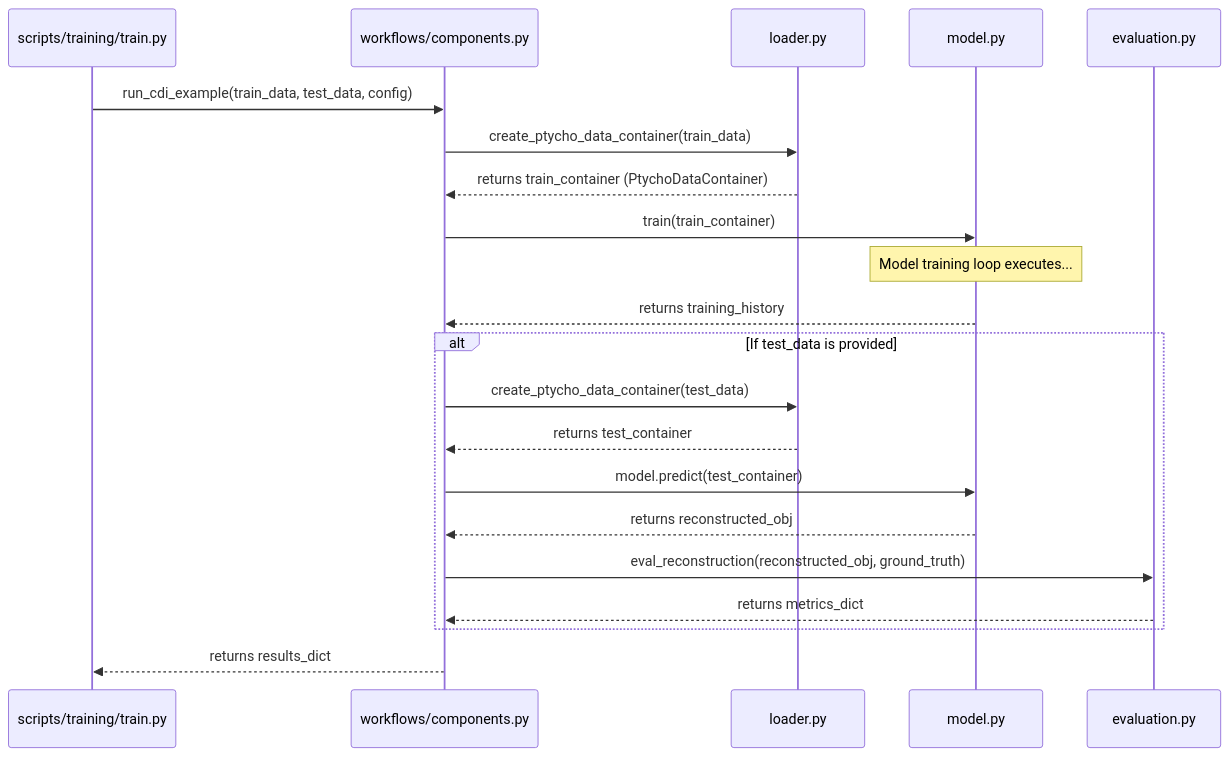
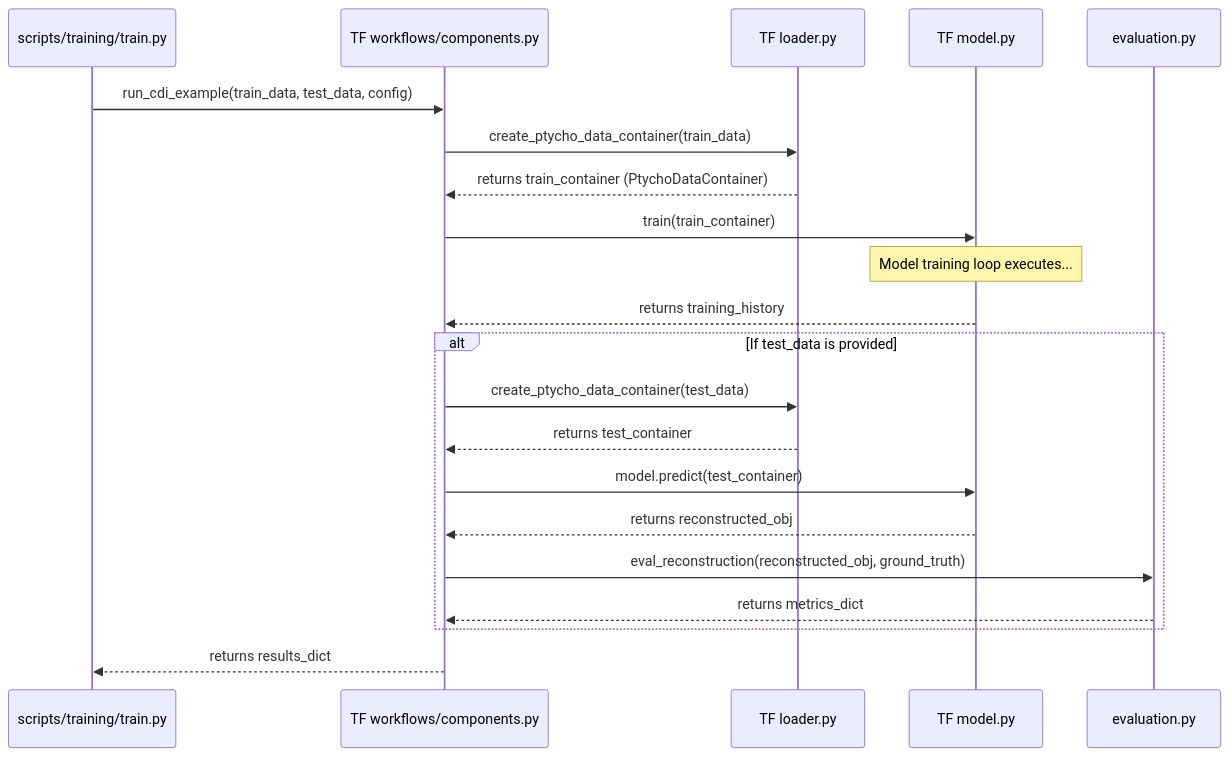
The second of 6 diagrams in docs/architecture.md (hoidn/PtychoPINN), drawn with Mermaid before and after one commit. The commit also changed other lines of this file, not shown here.

First line of the commit message:
docs(architecture): clarify TF vs PyTorch separation

````diff
--- a/docs/architecture.md
+++ b/docs/architecture.md
@@ -52,27 +58,27 @@
 ```mermaid
 sequenceDiagram
     participant Script as scripts/training/train.py
-    participant W as workflows/components.py
-    participant L as loader.py
-    participant M as model.py
+    participant W as TF workflows/components.py
+    participant L as TF loader.py
+    participant M as TF model.py
     participant E as evaluation.py
 
     Script->>W: run_cdi_example(train_data, test_data, config)
     W->>L: create_ptycho_data_container(train_data)
     L-->>W: returns train_container (PtychoDataContainer)
     
     W->>M: train(train_container)
     Note over M: Model training loop executes...
     M-->>W: returns training_history
     
     alt If test_data is provided
         W->>L: create_ptycho_data_container(test_data)
         L-->>W: returns test_container
         W->>M: model.predict(test_container)
         M-->>W: returns reconstructed_obj
         W->>E: eval_reconstruction(reconstructed_obj, ground_truth)
         E-->>W: returns metrics_dict
     end
 
     W-->>Script: returns results_dict
 ```
````
